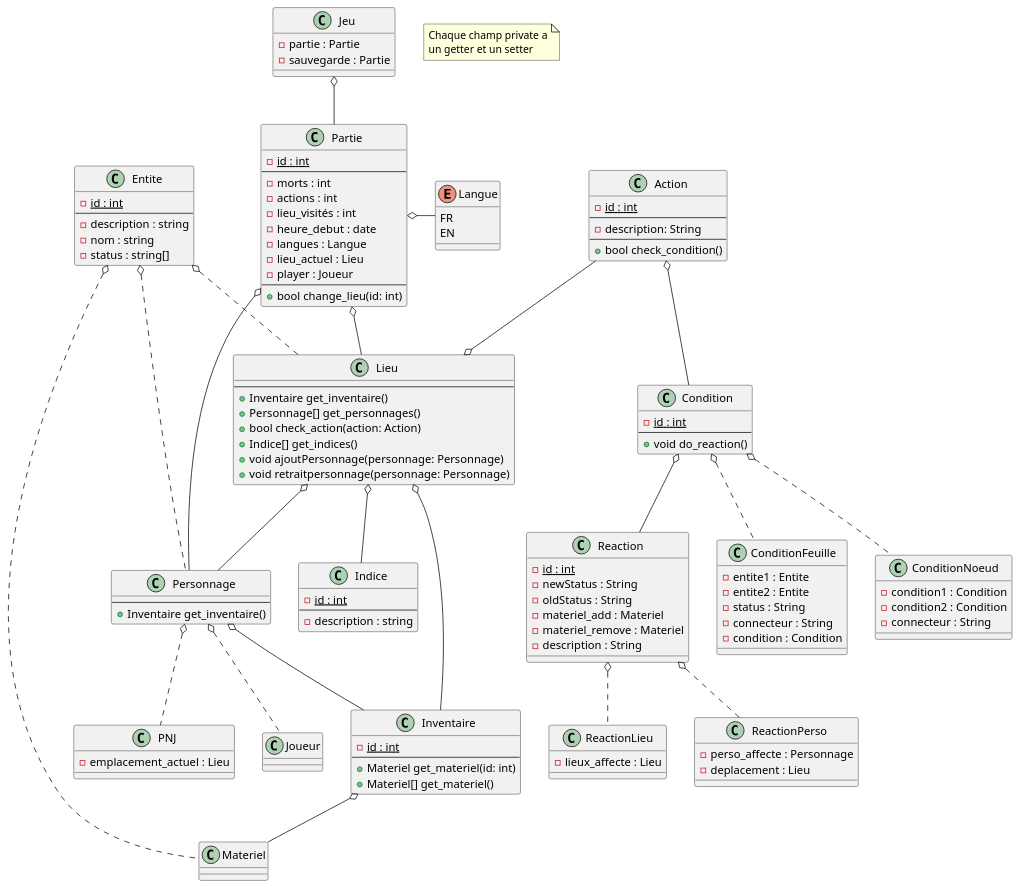
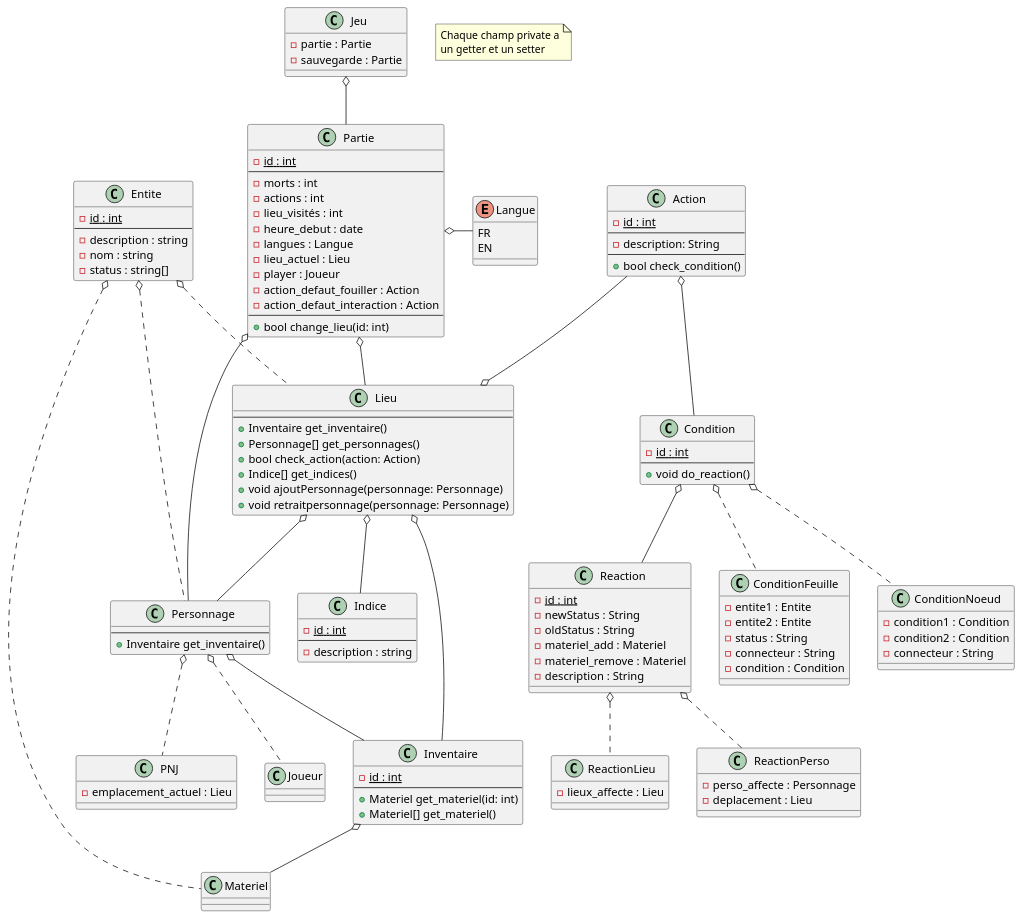
One commit to Serious-game-textuel/doc changed the third of 3 diagrams in diagrammes.md. Above: the diagram before and after it, drawn with PlantUML.

Commit message:
Ajout actions par defaut

```diff
--- a/diagrammes.md
+++ b/diagrammes.md
@@ -71,6 +71,8 @@
     -langues : Langue
     -lieu_actuel : Lieu
     -player : Joueur
+    -action_defaut_fouiller : Action
+    -action_defaut_interaction : Action
   --
     +bool change_lieu(id: int)
 }
@@ -81,9 +83,6 @@
     +Materiel get_materiel(id: int)
     +Materiel[] get_materiel()
 }
-
-
-
 
 Class Materiel{
     
```
